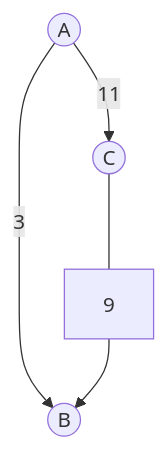
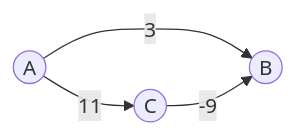
Before and after one commit to LeonStoldt/technische-Grundlagen-der-Informatik: the fifth of 5 diagrams in content.md, drawn with Mermaid. The commit also changed other lines of this file, not shown here.

````diff
--- a/content.md
+++ b/content.md
@@ -765,6 +765,6 @@
 ``` mermaid
-graph TD
+graph LR
 A((A)) --3--> B((B))
 A --11--> C((C))
-C ---9--> B
+C -- -9--> B
 ```
````
